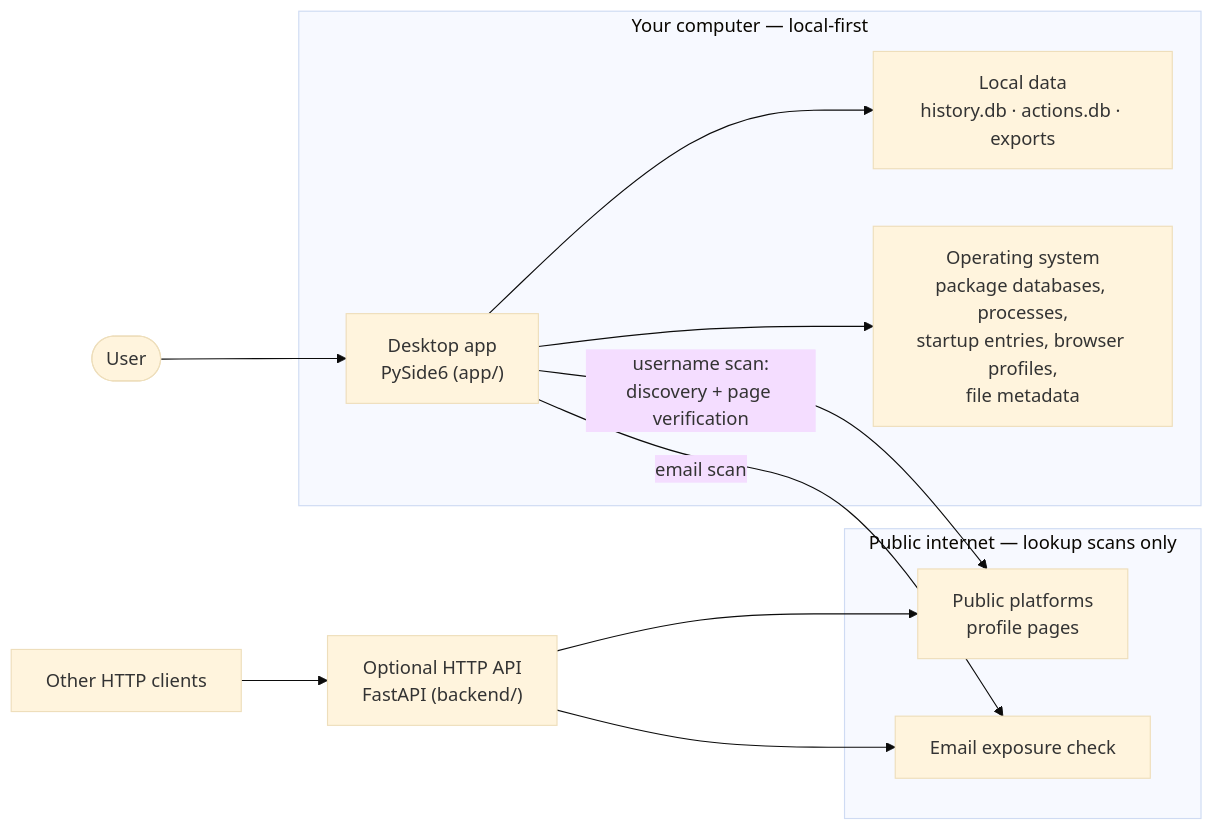
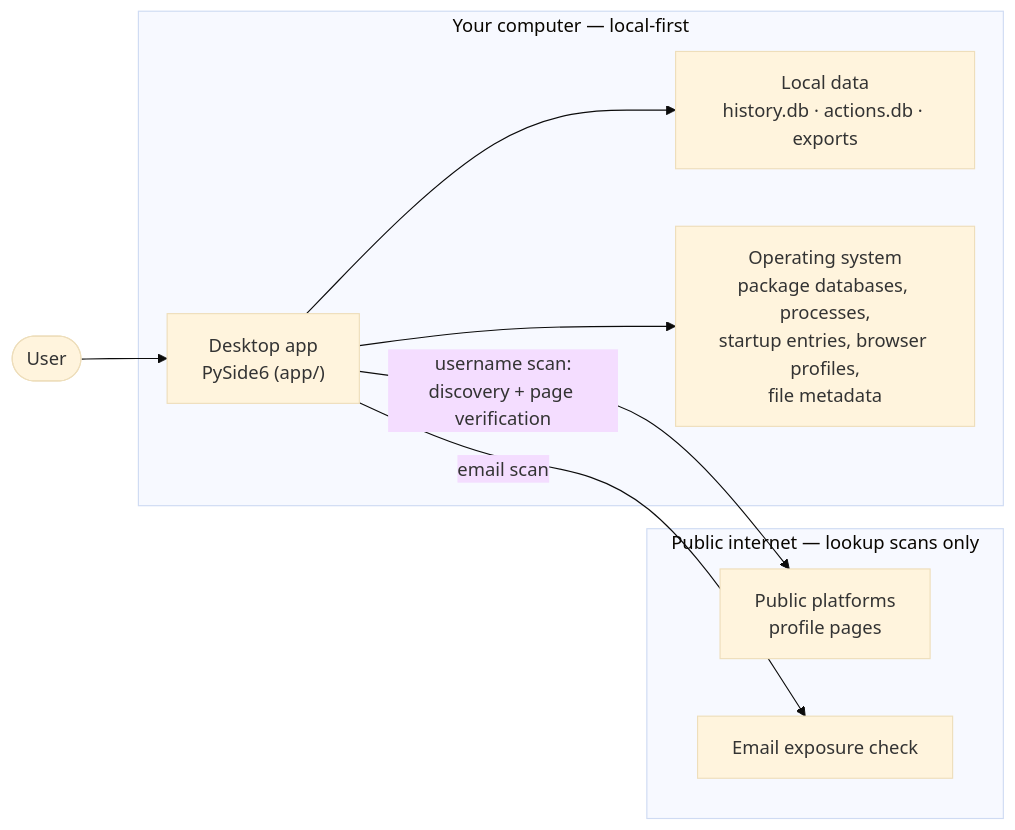
The diagram in docs/diagrams/01-system-context.mmd (Athuljose77/digital-footprint-analyzer), drawn with Mermaid (base theme) before and after one commit. The commit also changed 52 other files, not shown here.

First line of the commit message:
Remove optional backend and prepare open-source release

```diff
--- a/docs/diagrams/01-system-context.mmd
+++ b/docs/diagrams/01-system-context.mmd
@@ -1,25 +1,19 @@
 flowchart LR
     user(["User"])
 
     subgraph machine["Your computer — local-first"]
         app["Desktop app<br/>PySide6 (app/)"]
         data["Local data<br/>history.db · actions.db · exports"]
         os["Operating system<br/>package databases, processes,<br/>startup entries, browser profiles,<br/>file metadata"]
     end
 
     subgraph net["Public internet — lookup scans only"]
         platforms["Public platforms<br/>profile pages"]
         breach["Email exposure check"]
     end
 
-    api["Optional HTTP API<br/>FastAPI (backend/)"]
-    clients["Other HTTP clients"]
-
     user --> app
     app --> os
     app --> data
     app -->|"username scan:<br/>discovery + page verification"| platforms
     app -->|"email scan"| breach
-    clients --> api
-    api --> platforms
-    api --> breach
```
